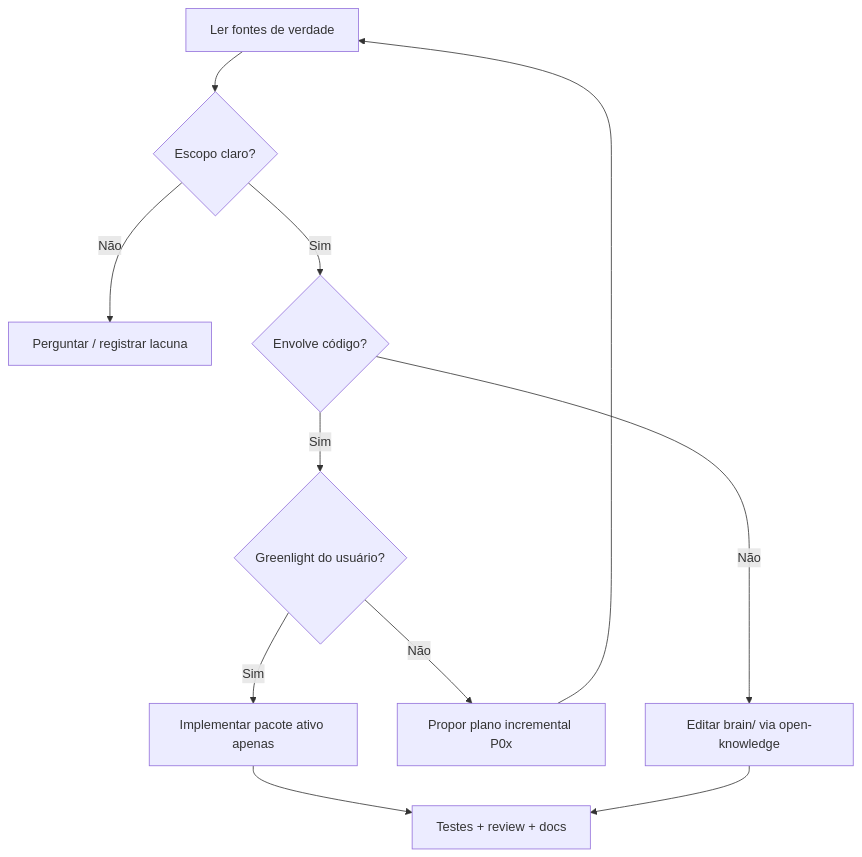
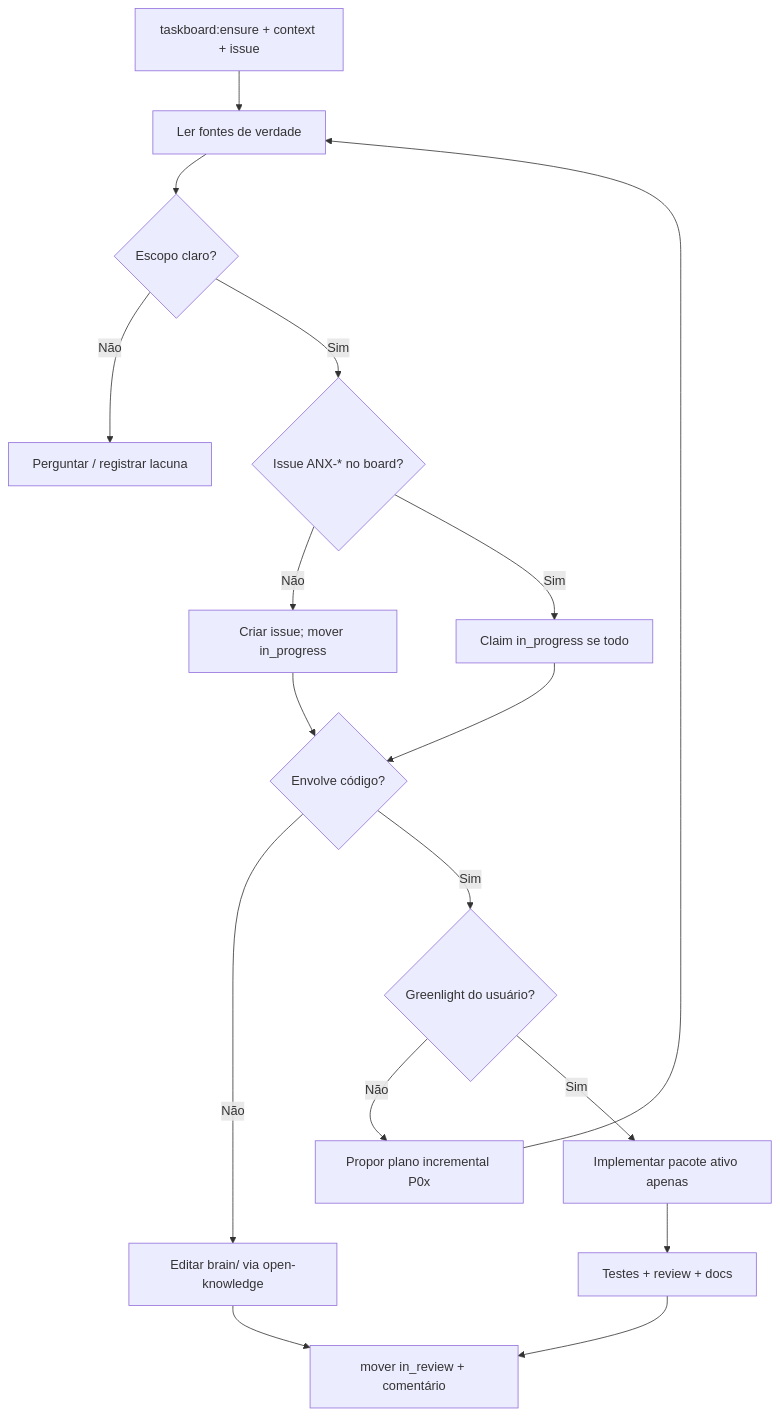
The diagram in AGENTS.md (jcafeitosa/anxionOS), drawn with Mermaid before and after one commit. The commit also changed other lines of this file and 6 other files, not shown here.

````diff
--- a/AGENTS.md
+++ b/AGENTS.md
@@ -163,13 +201,19 @@
 ```mermaid
 flowchart TD
-  A[Ler fontes de verdade] --> B{Escopo claro?}
+  T[taskboard:ensure + context + issue] --> A[Ler fontes de verdade]
+  A --> B{Escopo claro?}
   B -->|Não| C[Perguntar / registrar lacuna]
-  B -->|Sim| D{Envolve código?}
-  D -->|Não| E[Editar brain/ via open-knowledge]
-  D -->|Sim| F{Greenlight do usuário?}
-  F -->|Não| G[Propor plano incremental P0x]
-  F -->|Sim| H[Implementar pacote ativo apenas]
-  H --> I[Testes + review + docs]
-  E --> I
-  G --> A
+  B -->|Sim| D{Issue ANX-* no board?}
+  D -->|Não| D1[Criar issue; mover in_progress]
+  D -->|Sim| D2[Claim in_progress se todo]
+  D1 --> E{Envolve código?}
+  D2 --> E
+  E -->|Não| F[Editar brain/ via open-knowledge]
+  E -->|Sim| G{Greenlight do usuário?}
+  G -->|Não| H[Propor plano incremental P0x]
+  G -->|Sim| I[Implementar pacote ativo apenas]
+  I --> J[Testes + review + docs]
+  J --> K[mover in_review + comentário]
+  F --> K
+  H --> A
 ```
````
